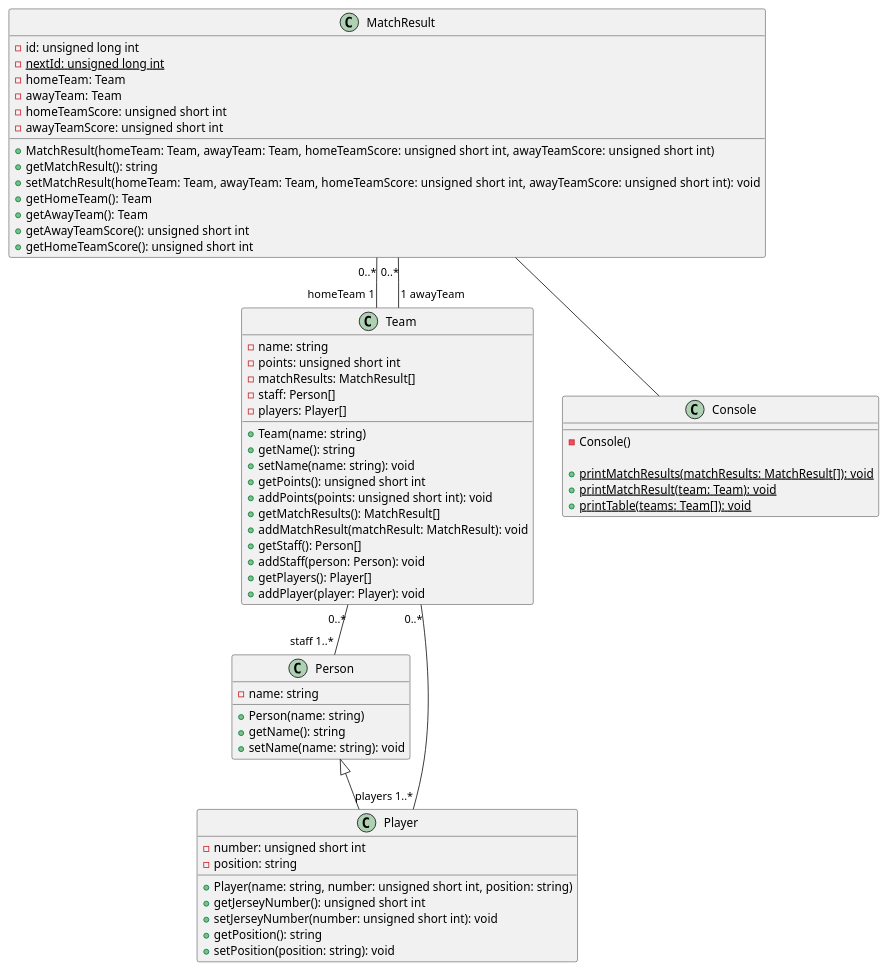
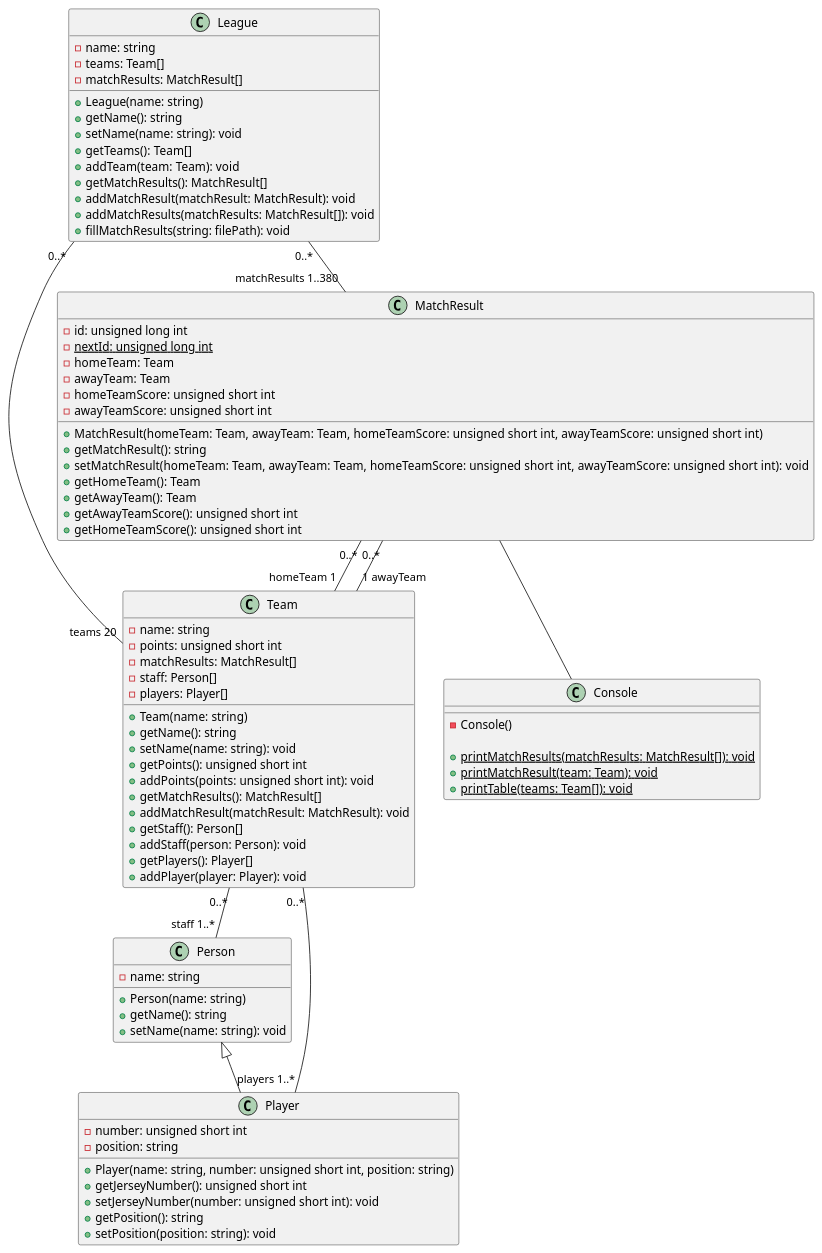
One commit to viniciusmioto/finta changed the diagram in project/init-classes.puml. Above: the diagram before and after it, drawn with PlantUML. The commit also changed 4 other files, not shown here.

```diff
--- a/project/init-classes.puml
+++ b/project/init-classes.puml
@@ -1,74 +1,92 @@
 @startuml name "finta"
 
 class MatchResult {
   - id: unsigned long int
   - {static} nextId: unsigned long int
   - homeTeam: Team
   - awayTeam: Team
   - homeTeamScore: unsigned short int
   - awayTeamScore: unsigned short int
 
   + MatchResult(homeTeam: Team, awayTeam: Team, homeTeamScore: unsigned short int, awayTeamScore: unsigned short int)
   + getMatchResult(): string
   + setMatchResult(homeTeam: Team, awayTeam: Team, homeTeamScore: unsigned short int, awayTeamScore: unsigned short int): void
   + getHomeTeam(): Team
   + getAwayTeam(): Team
   + getAwayTeamScore(): unsigned short int
   + getHomeTeamScore(): unsigned short int
 }
 
 class Team {
   - name: string
   - points: unsigned short int
   - matchResults: MatchResult[]
   - staff: Person[]
   - players: Player[]
   
   + Team(name: string)
   + getName(): string
   + setName(name: string): void
   + getPoints(): unsigned short int
   + addPoints(points: unsigned short int): void
   + getMatchResults(): MatchResult[]
   + addMatchResult(matchResult: MatchResult): void
   + getStaff(): Person[]
   + addStaff(person: Person): void
   + getPlayers(): Player[]
   + addPlayer(player: Player): void
 }
 
 class Person {
   - name: string
 
   + Person(name: string)
   + getName(): string
   + setName(name: string): void
 }
 
 class Player {
   - number: unsigned short int
   - position: string
 
   + Player(name: string, number: unsigned short int, position: string)
   + getJerseyNumber(): unsigned short int
   + setJerseyNumber(number: unsigned short int): void
   + getPosition(): string
   + setPosition(position: string): void
 }
 
+class League {
+  - name: string
+  - teams: Team[]
+  - matchResults: MatchResult[]
+
+  + League(name: string)
+  + getName(): string
+  + setName(name: string): void
+  + getTeams(): Team[]
+  + addTeam(team: Team): void
+  + getMatchResults(): MatchResult[]
+  + addMatchResult(matchResult: MatchResult): void
+  + addMatchResults(matchResults: MatchResult[]): void
+  + fillMatchResults(string: filePath): void
+}
+
 class Console {
   - Console()
 
   + {static} printMatchResults(matchResults: MatchResult[]): void
   + {static} printMatchResult(team: Team): void
   + {static} printTable(teams: Team[]): void
 }
 
 MatchResult "0..*" -- "homeTeam 1" Team
 MatchResult "0..*" -- "1 awayTeam" Team 
-MatchResult -- Console
 Person <|-- Player
 Team "0..*" -- "staff 1..*" Person
 Team "0..*" -- "players 1..*" Player
+League "0..*" -- "teams 20" Team
+League "0..*" -- "matchResults 1..380" MatchResult
+MatchResult -- Console
 
 @enduml
```
